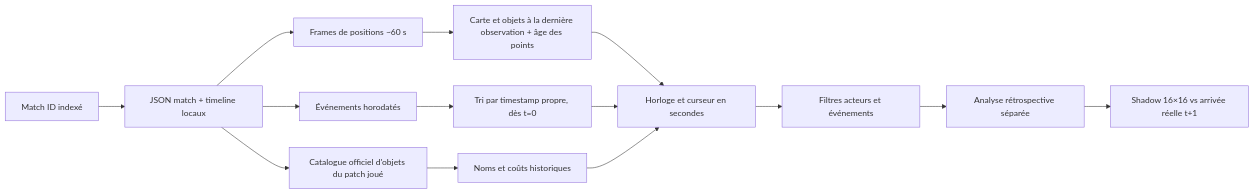
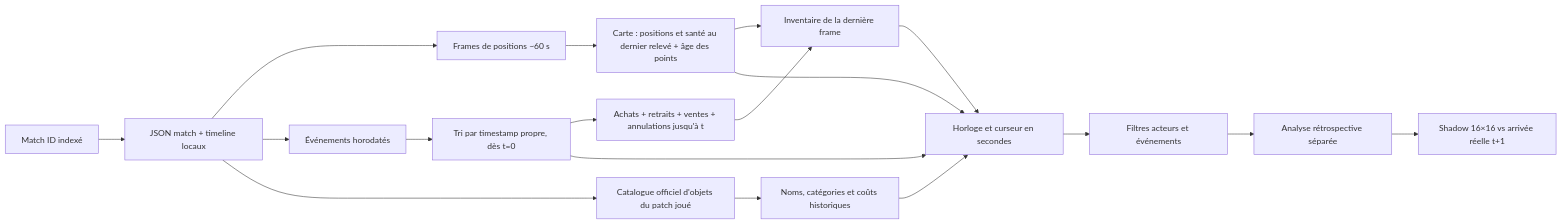
One commit to nabz0r/shadowfaker changed the diagram in REPLAY.md. Above: the diagram before and after it, drawn with Mermaid. The commit also changed other lines of this file and 14 other files, not shown here.

````diff
--- a/REPLAY.md
+++ b/REPLAY.md
@@ -11,16 +11,20 @@
 ```mermaid
 flowchart LR
     A[Match ID indexé] --> B[JSON match + timeline locaux]
     B --> C[Frames de positions ~60 s]
     B --> D[Événements horodatés]
-    C --> E[Carte et objets à la dernière observation + âge des points]
+    C --> E[Carte : positions et santé au dernier relevé + âge des points]
     D --> F[Tri par timestamp propre, dès t=0]
     B --> K[Catalogue officiel d'objets du patch joué]
-    K --> L[Noms et coûts historiques]
+    K --> L[Noms, catégories et coûts historiques]
+    F --> M[Achats + retraits + ventes + annulations jusqu'à t]
+    E --> N[Inventaire de la dernière frame]
+    M --> N
     E --> G[Horloge et curseur en secondes]
     F --> G
     L --> G
+    N --> G
     G --> H[Filtres acteurs et événements]
     H --> I[Analyse rétrospective séparée]
     I --> J[Shadow 16×16 vs arrivée réelle t+1]
 ```
````
